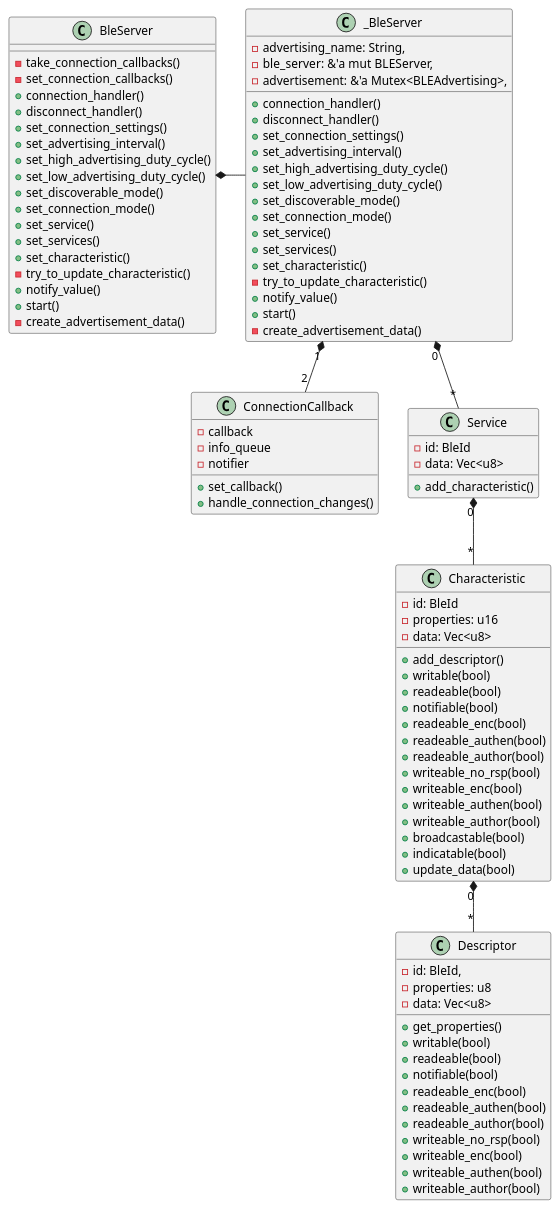
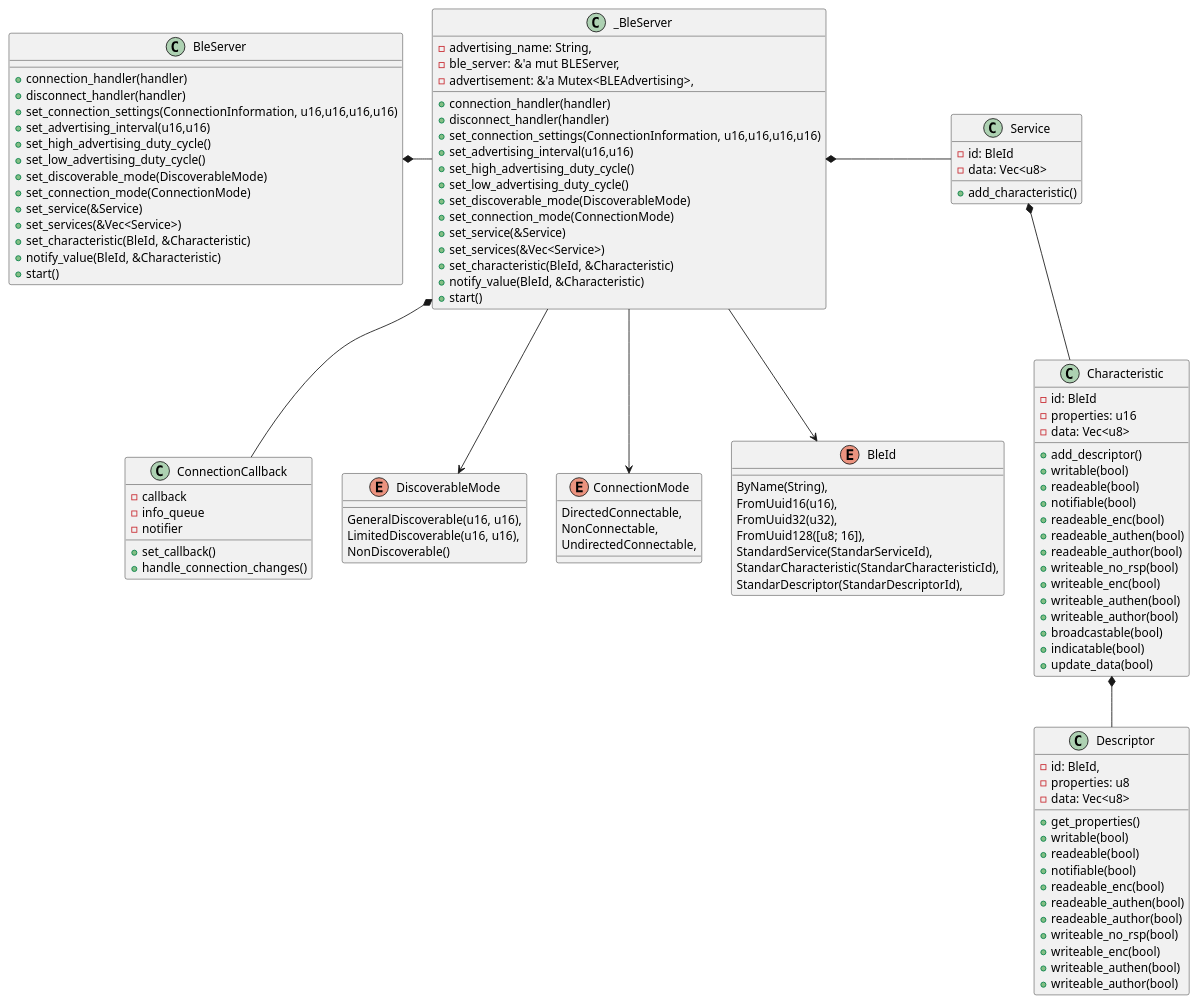
The diagram in diagrams/ble-server.puml (esp32framework/esp32framework), drawn with PlantUML before and after one commit. The commit also changed 6 other files, not shown here.

```diff
--- a/diagrams/ble-server.puml
+++ b/diagrams/ble-server.puml
@@ -1,104 +1,125 @@
 @startuml Ble Server
 
 
 class BleServer{
-    - take_connection_callbacks()
-    - set_connection_callbacks()
-    + connection_handler()
-    + disconnect_handler()
-    + set_connection_settings()
-    + set_advertising_interval()
+    + connection_handler(handler)
+    + disconnect_handler(handler)
+    + set_connection_settings(ConnectionInformation, u16,u16,u16,u16)
+    + set_advertising_interval(u16,u16)
     + set_high_advertising_duty_cycle()
     + set_low_advertising_duty_cycle()
-    + set_discoverable_mode()
-    + set_connection_mode()
-    + set_service()
-    + set_services()
-    + set_characteristic()
-    - try_to_update_characteristic()
-    + notify_value()
+    + set_discoverable_mode(DiscoverableMode)
+    + set_connection_mode(ConnectionMode)
+    + set_service(&Service)
+    + set_services(&Vec<Service>)
+    + set_characteristic(BleId, &Characteristic)
+    + notify_value(BleId, &Characteristic)
     + start()
-    - create_advertisement_data()
 
 }
 
 class _BleServer{
     - advertising_name: String,
     - ble_server: &'a mut BLEServer,
     - advertisement: &'a Mutex<BLEAdvertising>,
-    + connection_handler()
-    + disconnect_handler()
-    + set_connection_settings()
-    + set_advertising_interval()
+    + connection_handler(handler)
+    + disconnect_handler(handler)
+    + set_connection_settings(ConnectionInformation, u16,u16,u16,u16)
+    + set_advertising_interval(u16,u16)
     + set_high_advertising_duty_cycle()
     + set_low_advertising_duty_cycle()
-    + set_discoverable_mode()
-    + set_connection_mode()
-    + set_service()
-    + set_services()
-    + set_characteristic()
-    - try_to_update_characteristic()
-    + notify_value()
+    + set_discoverable_mode(DiscoverableMode)
+    + set_connection_mode(ConnectionMode)
+    + set_service(&Service)
+    + set_services(&Vec<Service>)
+    + set_characteristic(BleId, &Characteristic)
+    + notify_value(BleId, &Characteristic)
     + start()
-    - create_advertisement_data()
 }
 
 class ConnectionCallback{
     -callback
     -info_queue
     -notifier
     +set_callback()
     +handle_connection_changes()
 }
 
 class Service {
     - id: BleId
     - data: Vec<u8>
     + add_characteristic()
     
 } 
 
 class Characteristic{
     - id: BleId
     - properties: u16
     - data: Vec<u8>
     + add_descriptor()
     + writable(bool)
     + readeable(bool)
     + notifiable(bool)
     + readeable_enc(bool)
     + readeable_authen(bool)
     + readeable_author(bool)
     + writeable_no_rsp(bool)
     + writeable_enc(bool)
     + writeable_authen(bool)
     + writeable_author(bool)
     + broadcastable(bool)
     + indicatable(bool)
     + update_data(bool)
 }
 
 class Descriptor{
     - id: BleId,
     - properties: u8
     - data: Vec<u8>
     + get_properties()
     + writable(bool)
     + readeable(bool)
     + notifiable(bool)
     + readeable_enc(bool)
     + readeable_authen(bool)
     + readeable_author(bool)
     + writeable_no_rsp(bool)
     + writeable_enc(bool)
     + writeable_authen(bool)
     + writeable_author(bool)
 }
 
+enum DiscoverableMode {
+    GeneralDiscoverable(u16, u16),
+    LimitedDiscoverable(u16, u16), 
+    NonDiscoverable()
+}
+
+enum ConnectionMode {
+    DirectedConnectable,
+    NonConnectable,
+    UndirectedConnectable,
+}
+
+enum BleId {
+    ByName(String),
+    FromUuid16(u16),
+    FromUuid32(u32),
+    FromUuid128([u8; 16]),
+    StandardService(StandarServiceId),
+    StandarCharacteristic(StandarCharacteristicId),
+    StandarDescriptor(StandarDescriptorId),
+}
+
 BleServer *-right- _BleServer
-_BleServer "0" *-- "*" Service
-_BleServer "1" *-- "2" ConnectionCallback
-Service "0" *-- "*" Characteristic
-Characteristic "0" *-- "*" Descriptor
+_BleServer *- Service
+_BleServer *-- ConnectionCallback
+Service *-- Characteristic
+Characteristic  *-- Descriptor
+_BleServer --> DiscoverableMode
+_BleServer --> ConnectionMode
+_BleServer --> BleId
+
+
 
 @enduml
```
